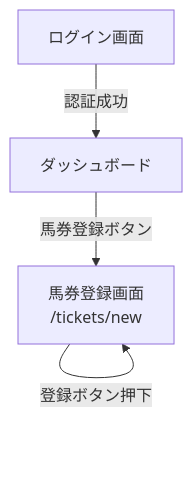
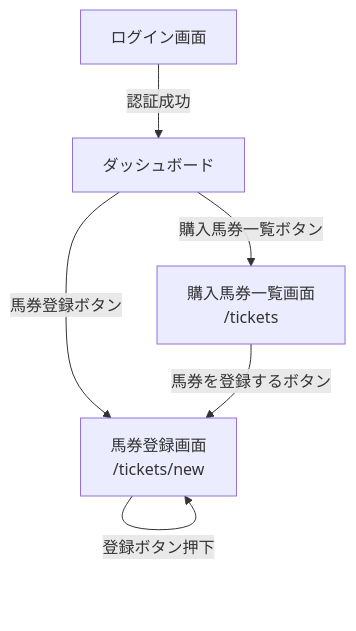
The diagram in docs/specs/screen-transition.md (nakajima97/keiba-db-gen2), drawn with Mermaid before and after one commit. The commit also changed 7 other files, not shown here.

````diff
--- a/docs/specs/screen-transition.md
+++ b/docs/specs/screen-transition.md
@@ -3,6 +3,8 @@
 ```mermaid
 flowchart TD
     Login[ログイン画面] -->|認証成功| Dashboard[ダッシュボード]
     Dashboard -->|馬券登録ボタン| TicketsNew[馬券登録画面\n/tickets/new]
     TicketsNew -->|登録ボタン押下| TicketsNew
+    Dashboard -->|購入馬券一覧ボタン| TicketsIndex[購入馬券一覧画面\n/tickets]
+    TicketsIndex -->|馬券を登録するボタン| TicketsNew
 ```
````
